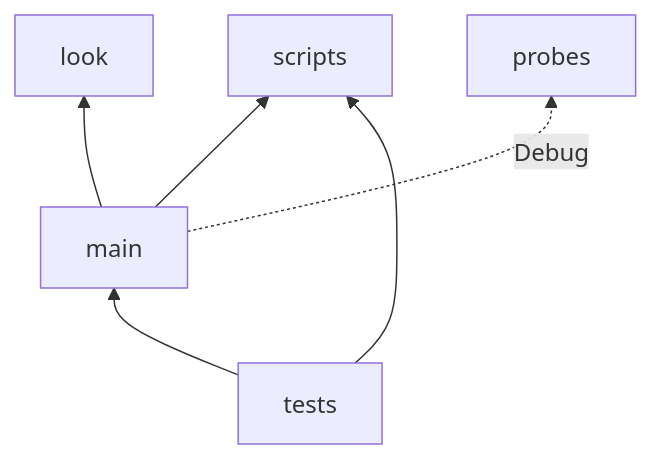
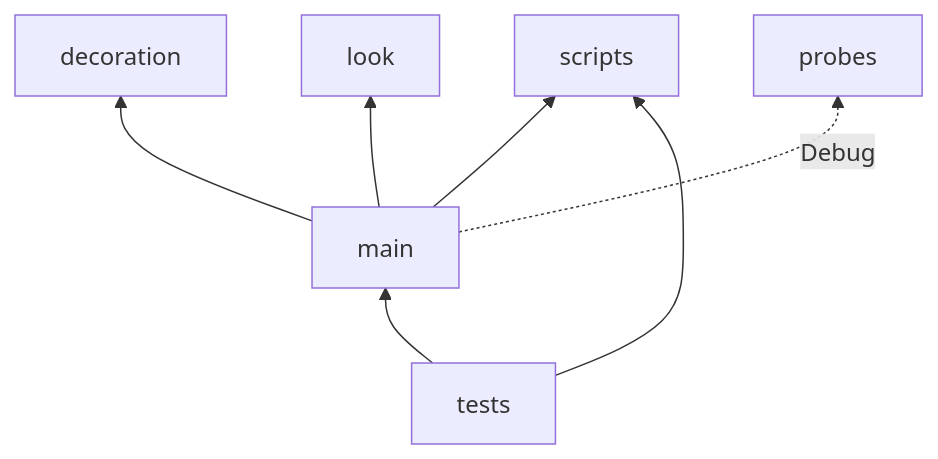
Before and after one commit to therighttrousers/bodycheck: the diagram in game/architecture.md, drawn with Mermaid. The commit also changed other lines of this file and 25 other files, not shown here.

````diff
--- a/game/architecture.md
+++ b/game/architecture.md
@@ -41,8 +43,9 @@
 ```mermaid
 graph BT
+    main --> decoration
     main --> look
     main --> scripts
     main -. Debug .-> probes
     tests --> main
     tests --> scripts
 ```
````
